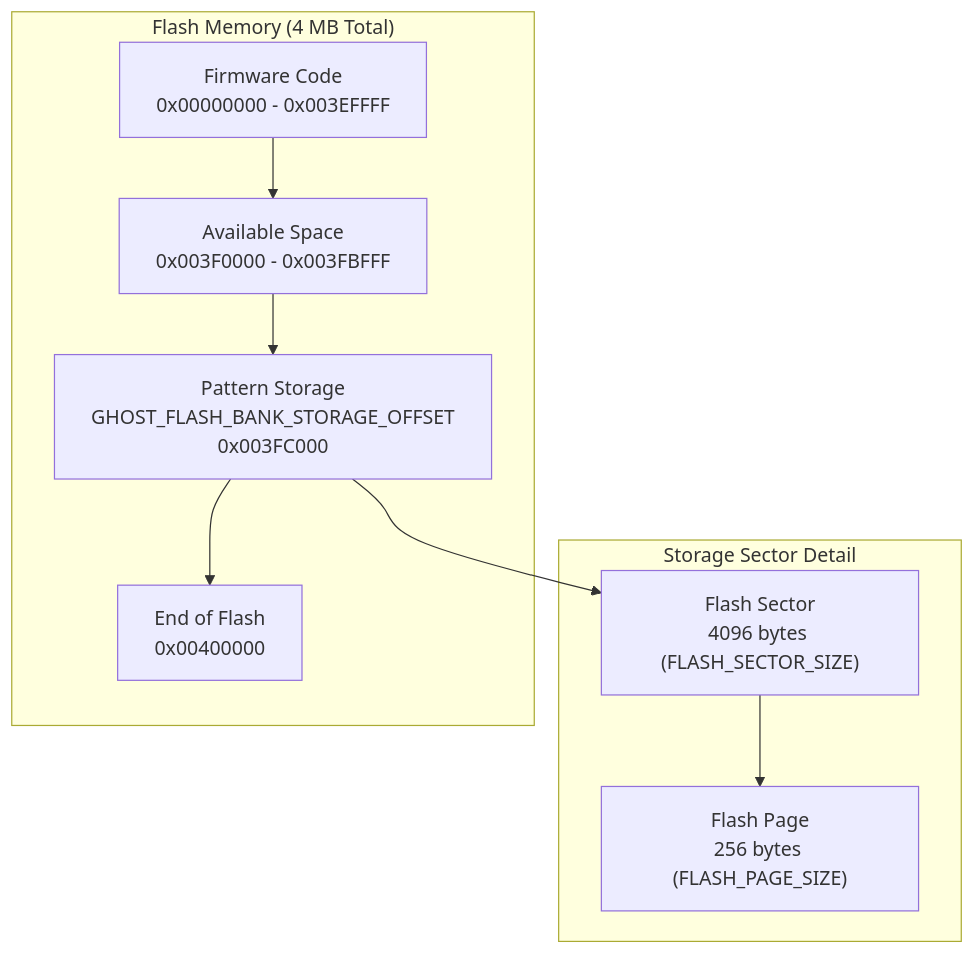
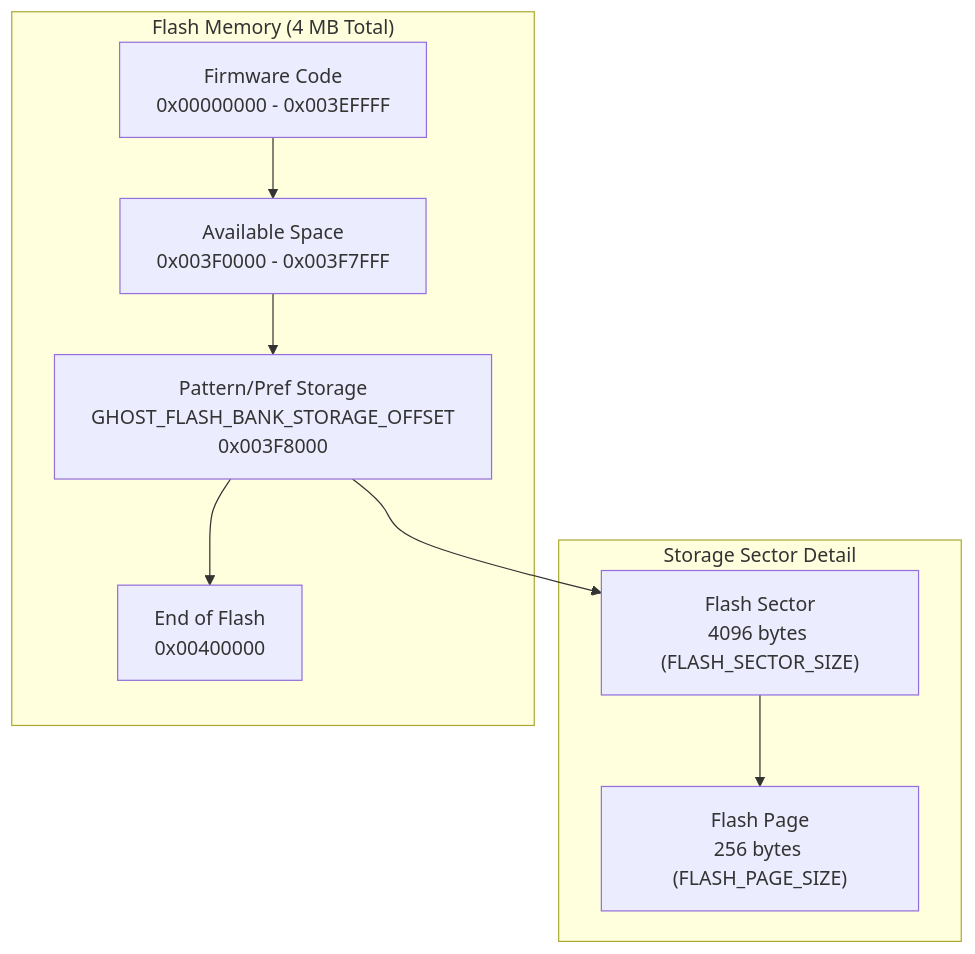
One commit to Jus-Be/orinayo-pico changed the first of 3 diagrams in wiki/8.2-pattern-storage.md. Above: the diagram before and after it, drawn with Mermaid. The commit also changed other lines of this file and 42 other files, not shown here.

````diff
--- a/wiki/8.2-pattern-storage.md
+++ b/wiki/8.2-pattern-storage.md
@@ -28,28 +25,28 @@
 ```mermaid
 flowchart TD
 
 FW["Firmware Code<br>0x00000000 - 0x003EFFFF"]
-RESERVED["Available Space<br>0x003F0000 - 0x003FBFFF"]
-STORAGE["Pattern Storage<br>GHOST_FLASH_BANK_STORAGE_OFFSET<br>0x003FC000"]
+RESERVED["Available Space<br>0x003F0000 - 0x003F7FFF"]
+STORAGE["Pattern/Pref Storage<br>GHOST_FLASH_BANK_STORAGE_OFFSET<br>0x003F8000"]
 END["End of Flash<br>0x00400000"]
 SECTOR["Flash Sector<br>4096 bytes (FLASH_SECTOR_SIZE)"]
 PAGE["Flash Page<br>256 bytes (FLASH_PAGE_SIZE)"]
 
 STORAGE --> SECTOR
 
 subgraph StorageDetail ["Storage Sector Detail"]
     SECTOR
     PAGE
     SECTOR --> PAGE
 end
 
 subgraph Flash ["Flash Memory (4 MB Total)"]
     FW
     RESERVED
     STORAGE
     END
     FW --> RESERVED
     RESERVED --> STORAGE
     STORAGE --> END
 end
 ```
````
